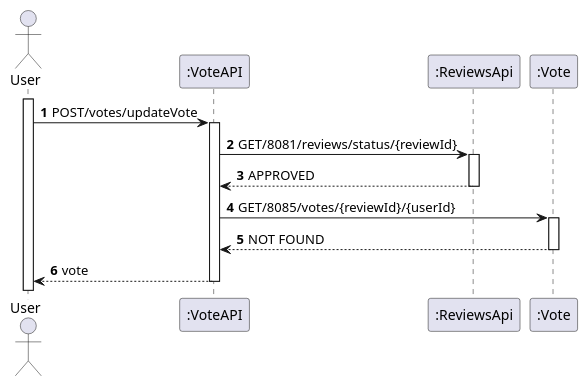
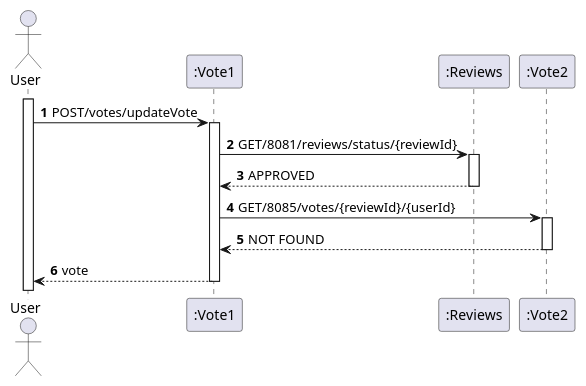
The diagram in Documentos/Vote_UpdateVoteReview.puml (1201441BrunoPereira/Vote_SIDIS), drawn with PlantUML before and after one commit. The commit also changed 7 other files, not shown here.

```diff
--- a/Documentos/Vote_UpdateVoteReview.puml
+++ b/Documentos/Vote_UpdateVoteReview.puml
@@ -1,21 +1,21 @@
 @startuml
 'https://plantuml.com/sequence-diagram
 
 autoactivate on
 autonumber
 
 actor "User" as User
-participant ":VoteAPI" as vote1
-participant ":ReviewsApi" as Rev
-participant ":Vote" as vote2
+participant ":Vote1" as vote1
+participant ":Reviews" as Rev
+participant ":Vote2" as vote2
 
 activate User
 
 User -> vote1: POST/votes/updateVote
 vote1 -> Rev: GET/8081/reviews/status/{reviewId}
 Rev --> vote1 : APPROVED
 vote1 -> vote2 : GET/8085/votes/{reviewId}/{userId}
 vote2 --> vote1 : NOT FOUND
 vote1 --> User: vote
 
 @enduml
```
